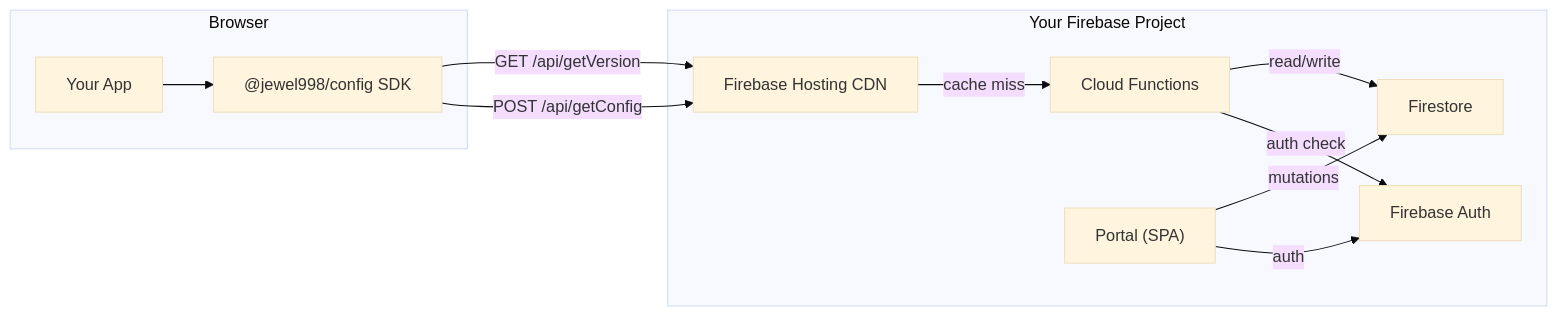
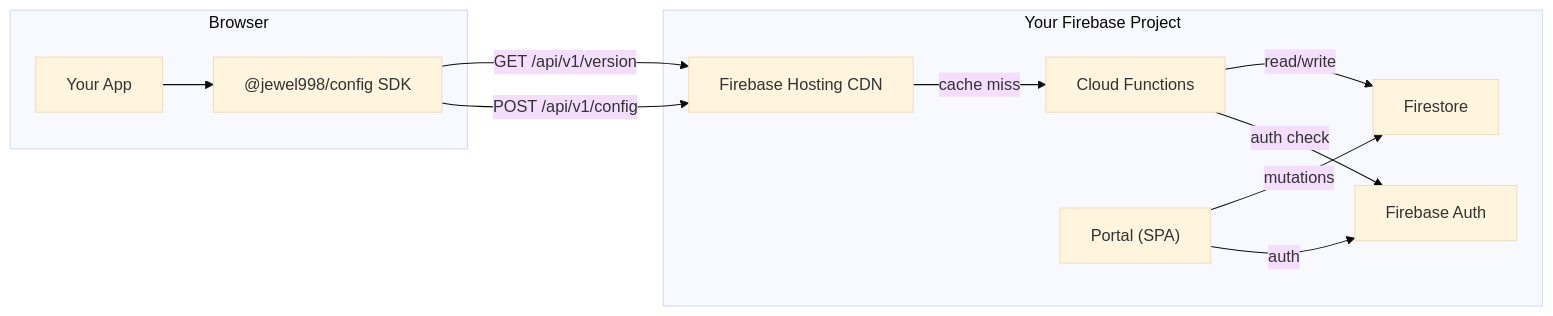
One commit to jewel998/config changed the first of 2 diagrams in apps/docs/contributing/architecture.md. Above: the diagram before and after it, drawn with Mermaid (base theme). The commit also changed 13 other files, not shown here.

First line of the commit message:
feat: version API endpoints (/api/v1/config, /api/v1/version)

````diff
--- a/apps/docs/contributing/architecture.md
+++ b/apps/docs/contributing/architecture.md
@@ -7,24 +7,24 @@
 ```mermaid
 flowchart LR
     subgraph Browser
         App["Your App"]
         SDK["@jewel998/config SDK"]
     end
 
     subgraph Firebase["Your Firebase Project"]
         CDN["Firebase Hosting CDN"]
         CF["Cloud Functions"]
         FS["Firestore"]
         Auth["Firebase Auth"]
         Portal["Portal (SPA)"]
     end
 
     App --> SDK
-    SDK -->|"GET /api/getVersion"| CDN
-    SDK -->|"POST /api/getConfig"| CDN
+    SDK -->|"GET /api/v1/version"| CDN
+    SDK -->|"POST /api/v1/config"| CDN
     CDN -->|cache miss| CF
     CF -->|read/write| FS
     Portal -->|mutations| FS
     Portal -->|auth| Auth
     CF -->|auth check| Auth
 ```
````
